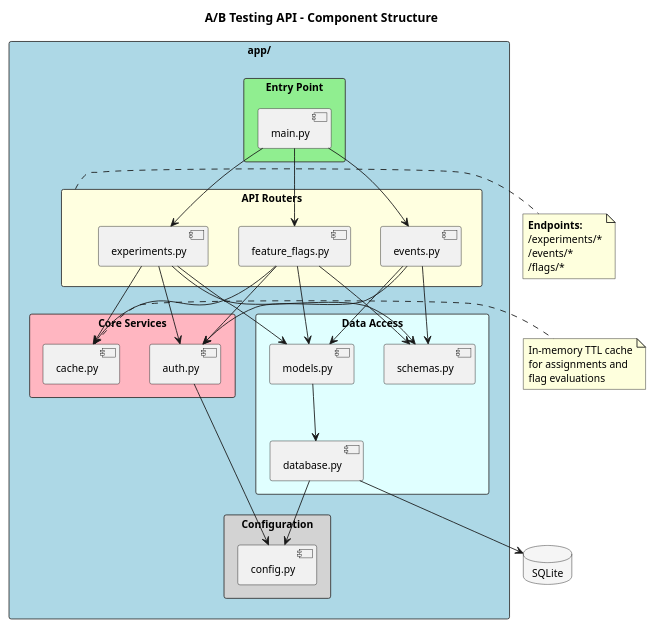
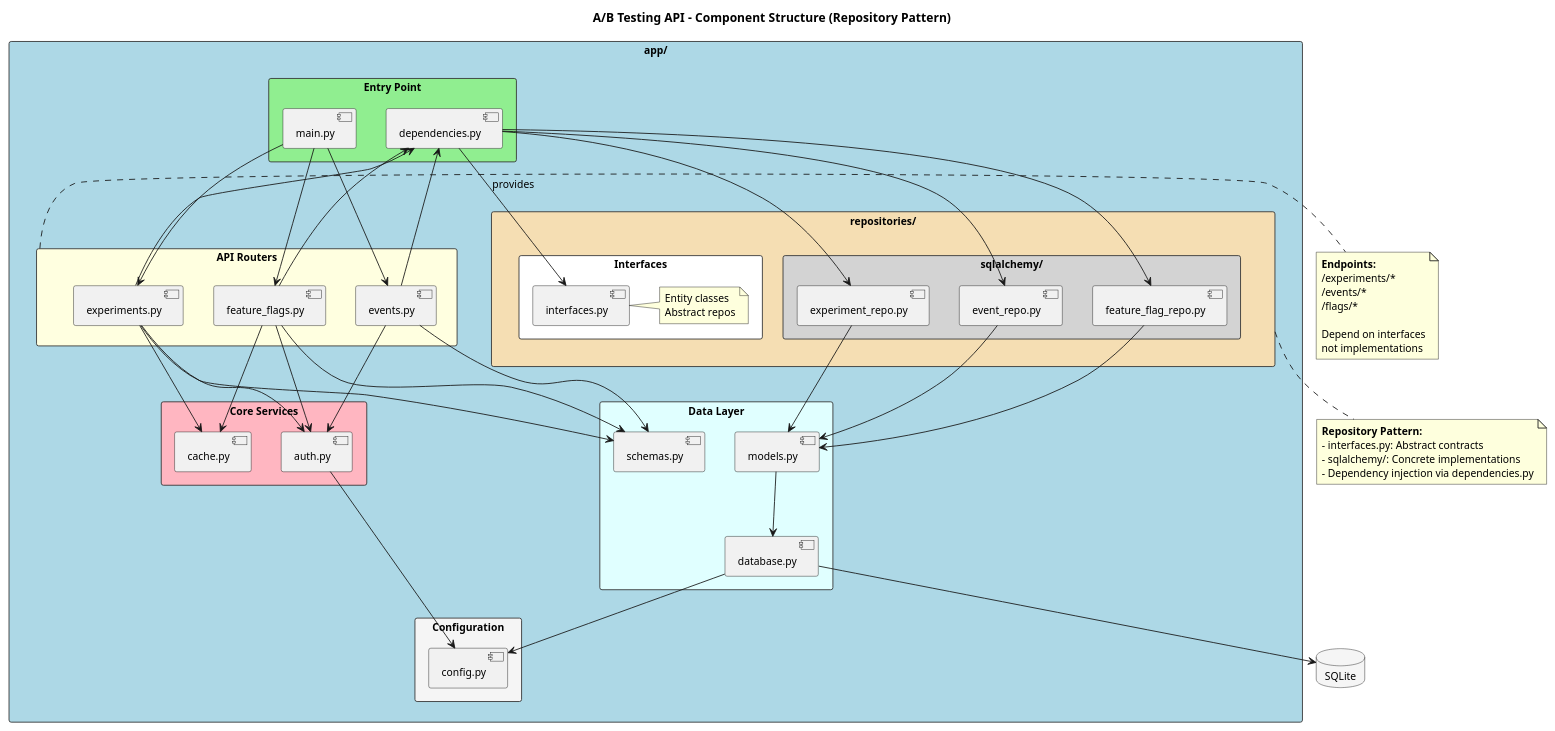
The diagram in docs/diagrams/api-components.puml (huangyingw/neonblue_ab_testing_api), drawn with PlantUML before and after one commit. The commit also changed 3 other files, not shown here.

First line of the commit message:
Update PlantUML diagrams for Repository pattern

```diff
--- a/docs/diagrams/api-components.puml
+++ b/docs/diagrams/api-components.puml
@@ -1,76 +1,113 @@
 @startuml API Components
 
 skinparam backgroundColor white
 skinparam defaultFontSize 12
 skinparam rectangleBorderColor #333333
 
-title A/B Testing API - Component Structure
+title A/B Testing API - Component Structure (Repository Pattern)
 
 rectangle "app/" as App #LightBlue {
 
     rectangle "Entry Point" as Entry #LightGreen {
         [main.py] as Main
+        [dependencies.py] as Deps
     }
 
     rectangle "API Routers" as Routers #LightYellow {
         [experiments.py] as ExpR
         [events.py] as EventR
         [feature_flags.py] as FlagR
     }
 
     rectangle "Core Services" as Services #LightPink {
         [auth.py] as Auth
         [cache.py] as Cache
     }
 
-    rectangle "Data Access" as Data #LightCyan {
+    rectangle "repositories/" as RepoDir #Wheat {
+
+        rectangle "Interfaces" as Interfaces #White {
+            [interfaces.py] as IRepo
+            note right of IRepo
+              Entity classes
+              Abstract repos
+            end note
+        }
+
+        rectangle "sqlalchemy/" as SQLADir #LightGray {
+            [experiment_repo.py] as ExpImpl
+            [event_repo.py] as EventImpl
+            [feature_flag_repo.py] as FlagImpl
+        }
+    }
+
+    rectangle "Data Layer" as Data #LightCyan {
         [models.py] as Models
         [schemas.py] as Schemas
         [database.py] as DB
     }
 
-    rectangle "Configuration" as Config #LightGray {
+    rectangle "Configuration" as Config #WhiteSmoke {
         [config.py] as Conf
     }
 }
 
 database "SQLite" as SQLite #WhiteSmoke
 
+' Entry point connections
 Main --> ExpR
 Main --> EventR
 Main --> FlagR
 
+' Router dependencies
 ExpR --> Auth
 EventR --> Auth
 FlagR --> Auth
 
 ExpR --> Cache
 FlagR --> Cache
 
-ExpR --> Models
-EventR --> Models
-FlagR --> Models
+' Routers use Repository interfaces (via Deps)
+ExpR --> Deps
+EventR --> Deps
+FlagR --> Deps
 
+Deps --> IRepo : provides
+Deps --> ExpImpl
+Deps --> EventImpl
+Deps --> FlagImpl
+
+' Implementations use Models
+ExpImpl --> Models
+EventImpl --> Models
+FlagImpl --> Models
+
+' Routers use Schemas
 ExpR --> Schemas
 EventR --> Schemas
 FlagR --> Schemas
 
+' Data layer connections
 Models --> DB
 DB --> SQLite
 DB --> Conf
 Auth --> Conf
 
 note right of Routers
   **Endpoints:**
   /experiments/*
   /events/*
   /flags/*
+
+  Depend on interfaces
+  not implementations
 end note
 
-note right of Cache
-  In-memory TTL cache
-  for assignments and
-  flag evaluations
+note bottom of RepoDir
+  **Repository Pattern:**
+  - interfaces.py: Abstract contracts
+  - sqlalchemy/: Concrete implementations
+  - Dependency injection via dependencies.py
 end note
 
 @enduml
```
